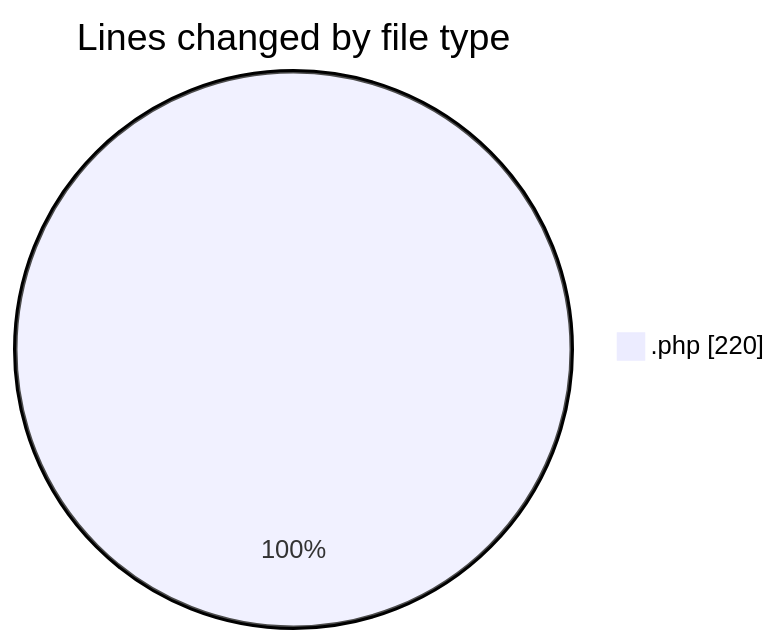
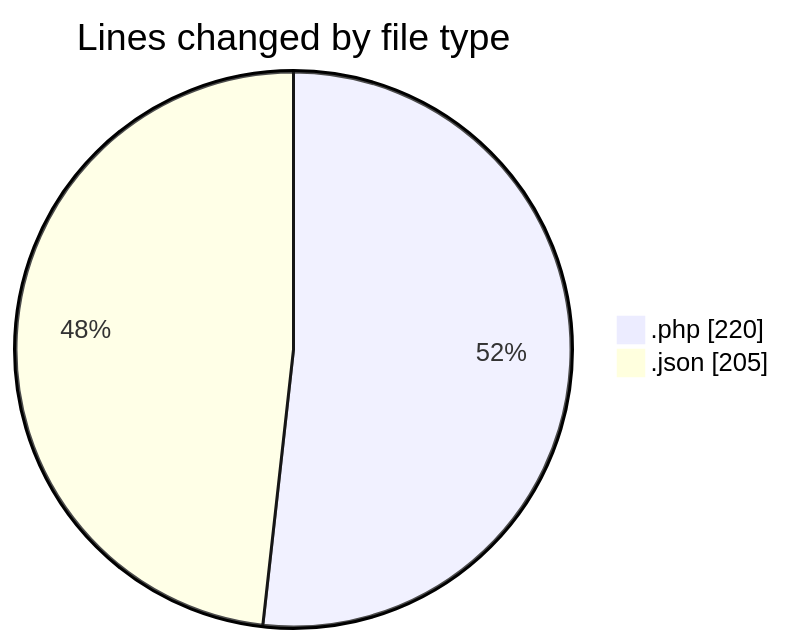
The first of 2 diagrams in 2025-04-13/autodidak/README.md (idhammustaqopulfikri/code-tracking), drawn with Mermaid before and after one commit. The commit also changed other lines of this file and 1 other file, not shown here.

````diff
--- a/2025-04-13/autodidak/README.md
+++ b/2025-04-13/autodidak/README.md
@@ -23,5 +24,6 @@
 ```mermaid
 pie showData
 title Lines changed by file type
 ".php" : 220
+".json" : 205
 ```
````
